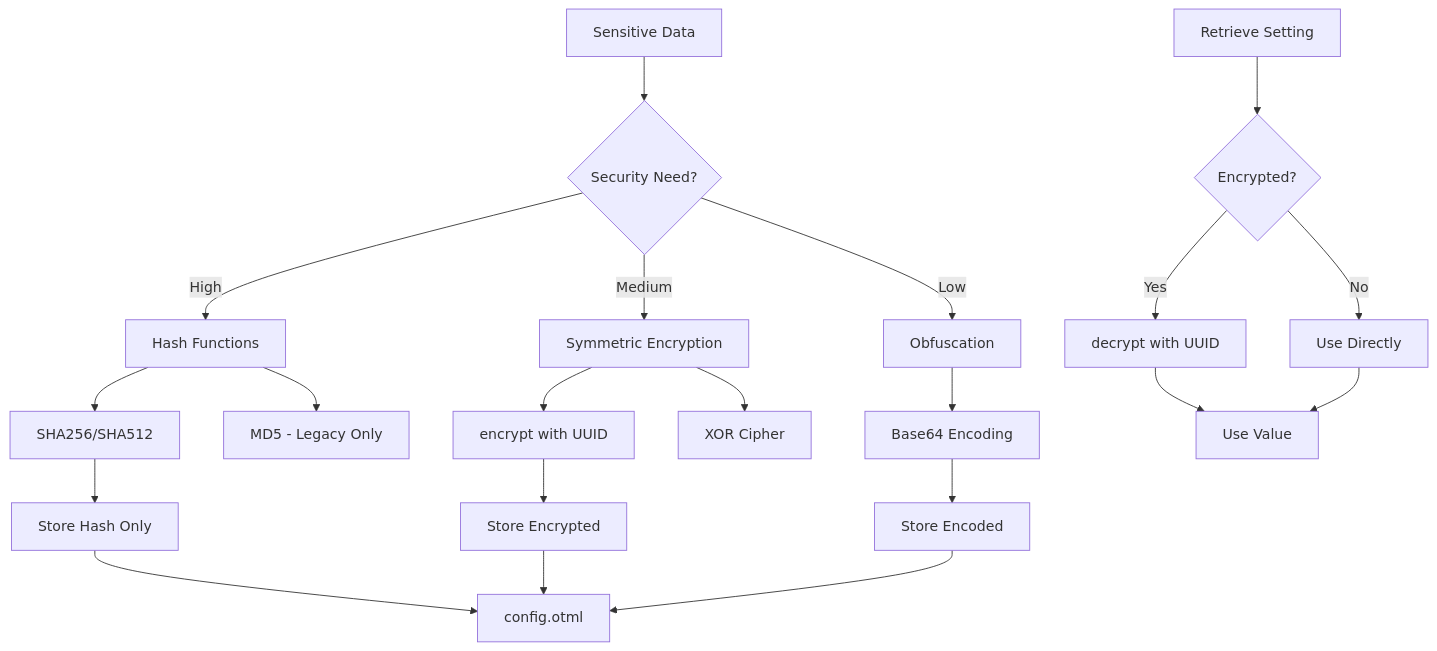
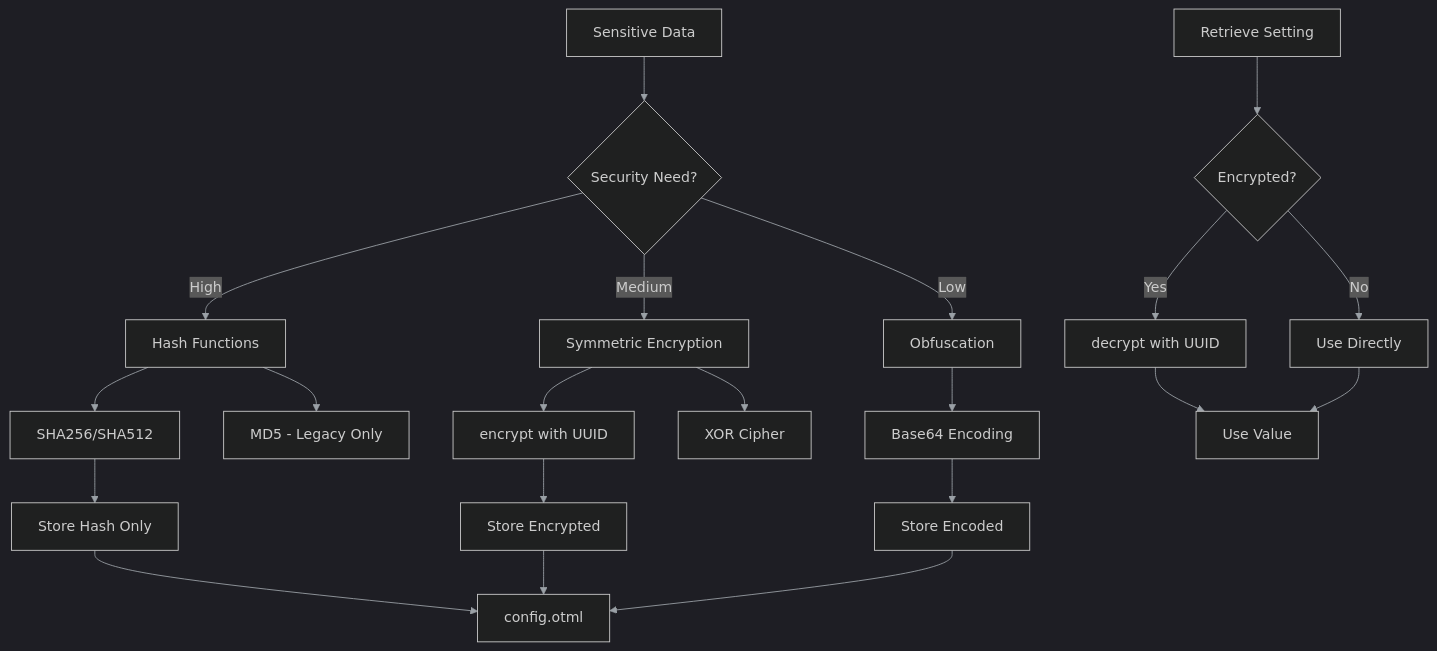
Before and after one commit to lukaszj321/otcv8-dev: the third of 7 diagrams in docs/authoring/07_settings_crypto/index.md, drawn with Mermaid.

Commit message:
Update docs/authoring/07_settings_crypto/index.md
z tego co pamietam to chyba zeby poprawnie wyswietlilo nam diagram to musi byc w mermaid  zamiast ```{mermaid}
zrobione to bez nawiasow ```mermaid

````diff
--- a/docs/authoring/07_settings_crypto/index.md
+++ b/docs/authoring/07_settings_crypto/index.md
@@ -118,36 +118,36 @@
 ```{mermaid}
-%%{init: {'theme':'dark','themeVariables':{'primaryTextColor':'#ddd','lineColor':'#9aa0a6'}},'securityLevel':'loose'}%%
+%%{init: {'theme':'dark','themeVariables':{'primaryTextColor':'#ddd','lineColor':'#9aa0a6'},'securityLevel':'loose'}}%%
 graph TD
     Input[Sensitive Data] --> Choice{Security Need?}
     
     Choice -->|High| Hash[Hash Functions]
     Choice -->|Medium| Sym[Symmetric Encryption]
     Choice -->|Low| Obf[Obfuscation]
     
     Hash --> SHA256[SHA256/SHA512]
     Hash --> MD5[MD5 - Legacy Only]
     
     Sym --> MachineEnc[encrypt with UUID]
     Sym --> XOR[XOR Cipher]
     
     Obf --> Base64[Base64 Encoding]
     
     SHA256 --> Store1[Store Hash Only]
     MachineEnc --> Store2[Store Encrypted]
     Base64 --> Store3[Store Encoded]
     
     Store1 --> ConfigFile[config.otml]
     Store2 --> ConfigFile
     Store3 --> ConfigFile
     
     Retrieve[Retrieve Setting] --> Decrypt{Encrypted?}
     Decrypt -->|Yes| DecryptFunc[decrypt with UUID]
     Decrypt -->|No| Direct[Use Directly]
     
     DecryptFunc --> Use[Use Value]
     Direct --> Use
     
     click MachineEnc "./index.html#facet-07_settings_crypto.crypto_api" "Crypto API"
     click ConfigFile "./index.html#facet-07_settings_crypto.settings_migration" "Settings"
 click CryptoFlow "./index.html#facet-07_settings_crypto.crypto_flow" "Open crypto_flow"
 ```
````
